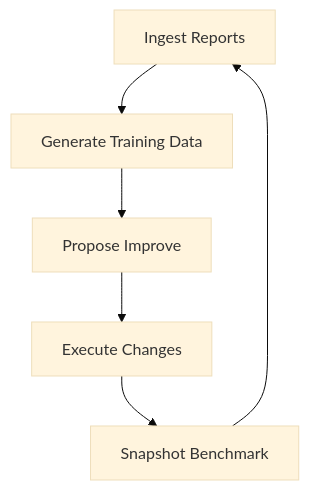
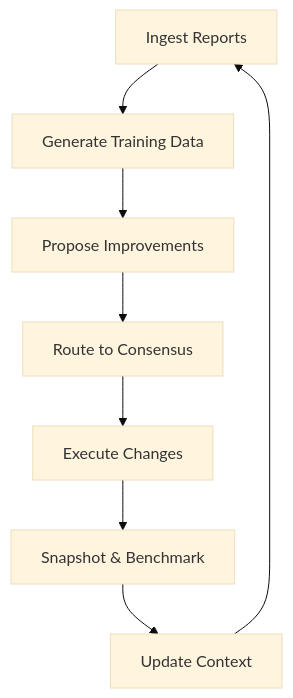
Before and after one commit to Artifact-Virtual/GLADIUS: the eighth of 8 diagrams in ARCHITECTURE.md, drawn with Mermaid (base theme). The commit also changed other lines of this file and 9 other files, not shown here.

First line of the commit message:
feat(cognition): add Consensus System + Context Manager

````diff
--- a/ARCHITECTURE.md
+++ b/ARCHITECTURE.md
@@ -129,8 +181,10 @@
 ```mermaid
 flowchart TD
        IngestReports[Ingest Reports] --> GenerateTraining[Generate Training Data]
-       GenerateTraining --> ProposeImprove[Propose Improve]
-       ProposeImprove --> ExecuteChanges[Execute Changes]
-       ExecuteChanges --> SnapshotBenchmark[Snapshot Benchmark]
-       SnapshotBenchmark --> IngestReports
+       GenerateTraining --> ProposeImprove[Propose Improvements]
+       ProposeImprove --> RouteConsensus[Route to Consensus]
+       RouteConsensus --> ExecuteChanges[Execute Changes]
+       ExecuteChanges --> SnapshotBenchmark[Snapshot & Benchmark]
+       SnapshotBenchmark --> UpdateContext[Update Context]
+       UpdateContext --> IngestReports
 ```
````
